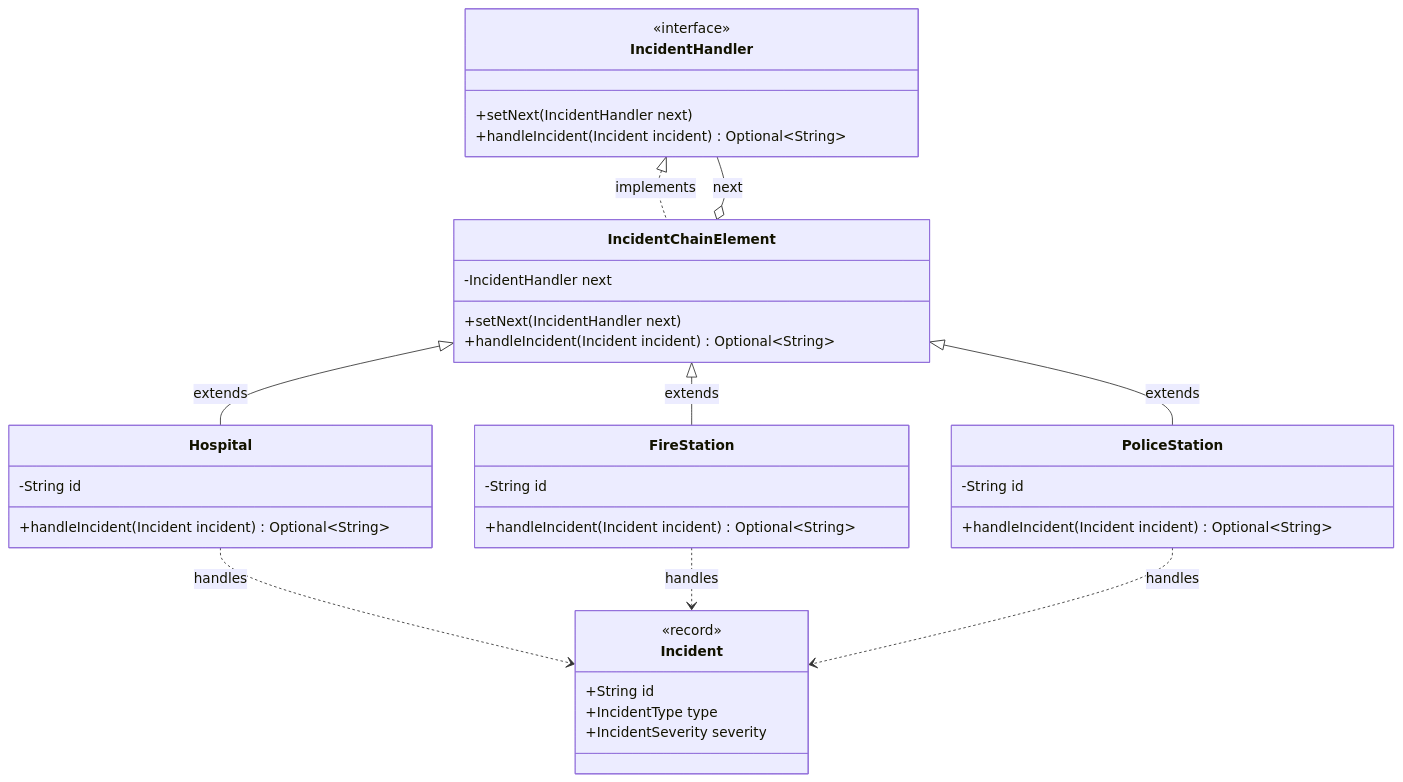
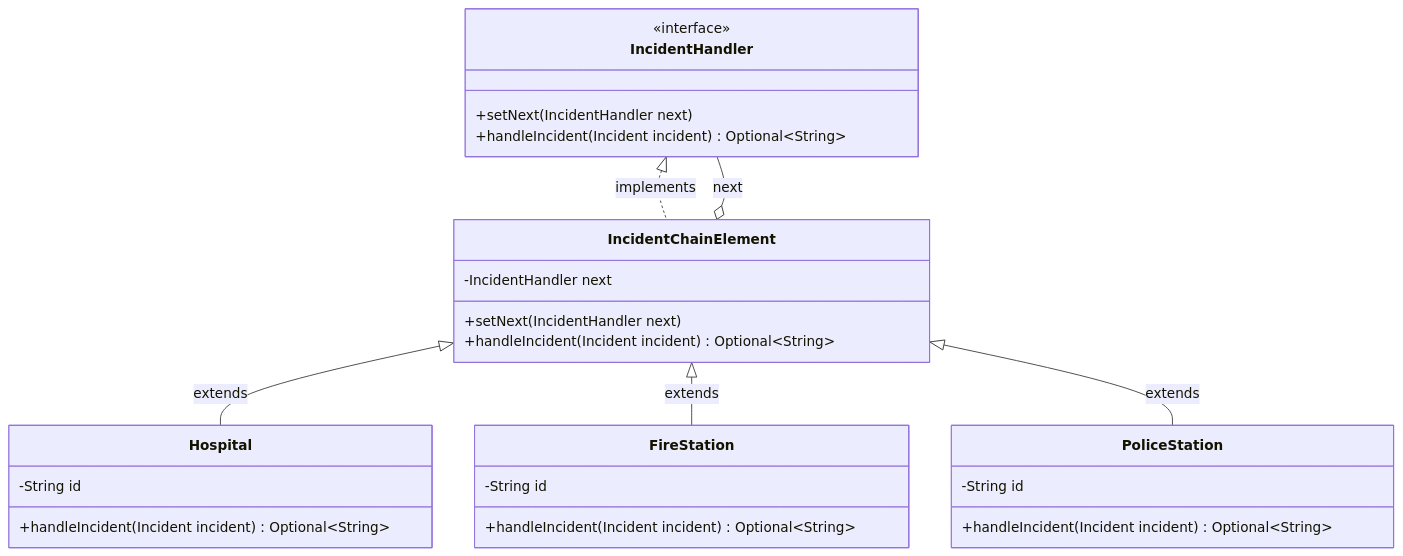
Before and after one commit to lajthabalazs/design-patterns: the second of 2 diagrams in src/main/java/com/lajthabalazs/designpatterns/behavior/chainofresponsibility/README.md, drawn with Mermaid. The commit also changed other lines of this file and 8 other files, not shown here.

````diff
--- a/src/main/java/com/lajthabalazs/designpatterns/behavior/chainofresponsibility/README.md
+++ b/src/main/java/com/lajthabalazs/designpatterns/behavior/chainofresponsibility/README.md
@@ -61,45 +53,35 @@
 ```mermaid
 classDiagram
     class IncidentHandler {
         <<interface>>
         +setNext(IncidentHandler next)
         +handleIncident(Incident incident) Optional~String~
     }
 
     class IncidentChainElement {
         -IncidentHandler next
         +setNext(IncidentHandler next)
         +handleIncident(Incident incident) Optional~String~
     }
 
     class Hospital {
         -String id
         +handleIncident(Incident incident) Optional~String~
     }
 
     class FireStation {
         -String id
         +handleIncident(Incident incident) Optional~String~
     }
 
     class PoliceStation {
         -String id
         +handleIncident(Incident incident) Optional~String~
     }
 
-    class Incident {
-        <<record>>
-        +String id
-        +IncidentType type
-        +IncidentSeverity severity
-    }
-
     IncidentHandler <|.. IncidentChainElement : implements
     IncidentChainElement <|-- Hospital : extends
     IncidentChainElement <|-- FireStation : extends
     IncidentChainElement <|-- PoliceStation : extends
     IncidentChainElement o-- IncidentHandler : next
-    Hospital ..> Incident : handles
-    FireStation ..> Incident : handles
-    PoliceStation ..> Incident : handles
 ```
````
